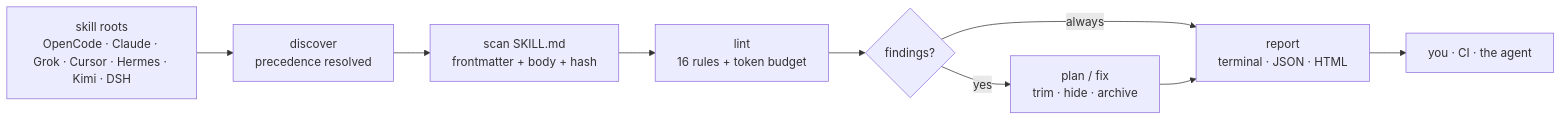
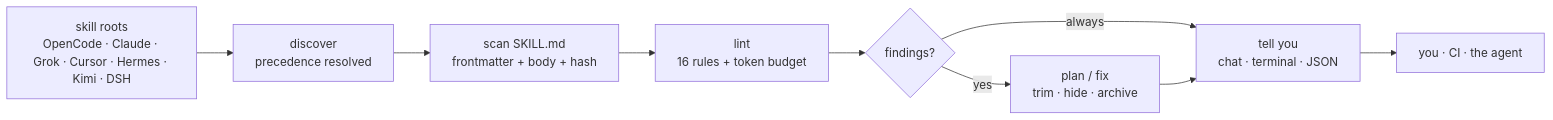
The diagram in README.md (wangyuchen5110/opencodeplugginprogram), drawn with Mermaid before and after one commit. The commit also changed other lines of this file and 22 other files, not shown here.

Commit message:
feat: tell skill problems in the chat and drop HTML reports; v0.9.7

````diff
--- a/README.md
+++ b/README.md
@@ -82,11 +78,11 @@
 ```mermaid
 flowchart LR
   A["skill roots<br/>OpenCode · Claude · Grok · Cursor · Hermes · Kimi · DSH"] --> B["discover<br/>precedence resolved"]
   B --> C["scan SKILL.md<br/>frontmatter + body + hash"]
   C --> D["lint<br/>16 rules + token budget"]
   D --> E{"findings?"}
   E -->|"yes"| F["plan / fix<br/>trim · hide · archive"]
-  E -->|"always"| G["report<br/>terminal · JSON · HTML"]
+  E -->|"always"| G["tell you<br/>chat · terminal · JSON"]
   F --> G
   G --> H["you · CI · the agent"]
 ```
````
